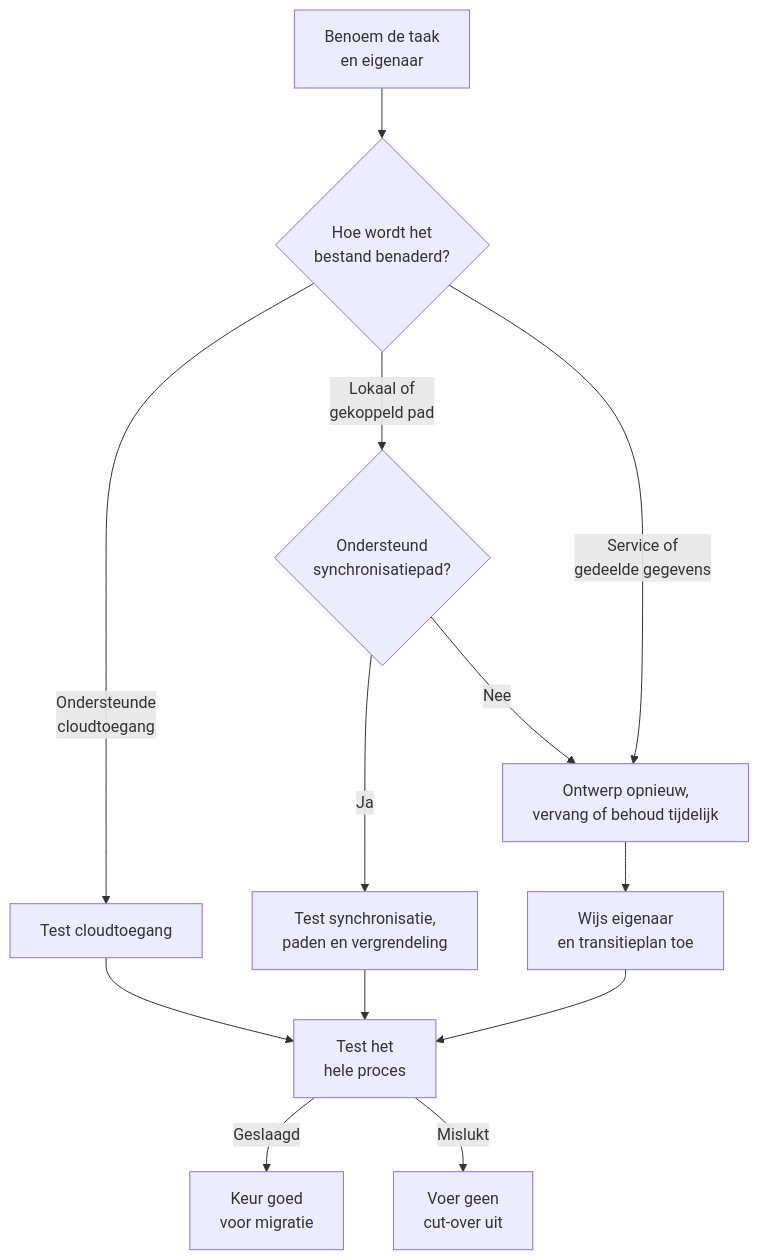
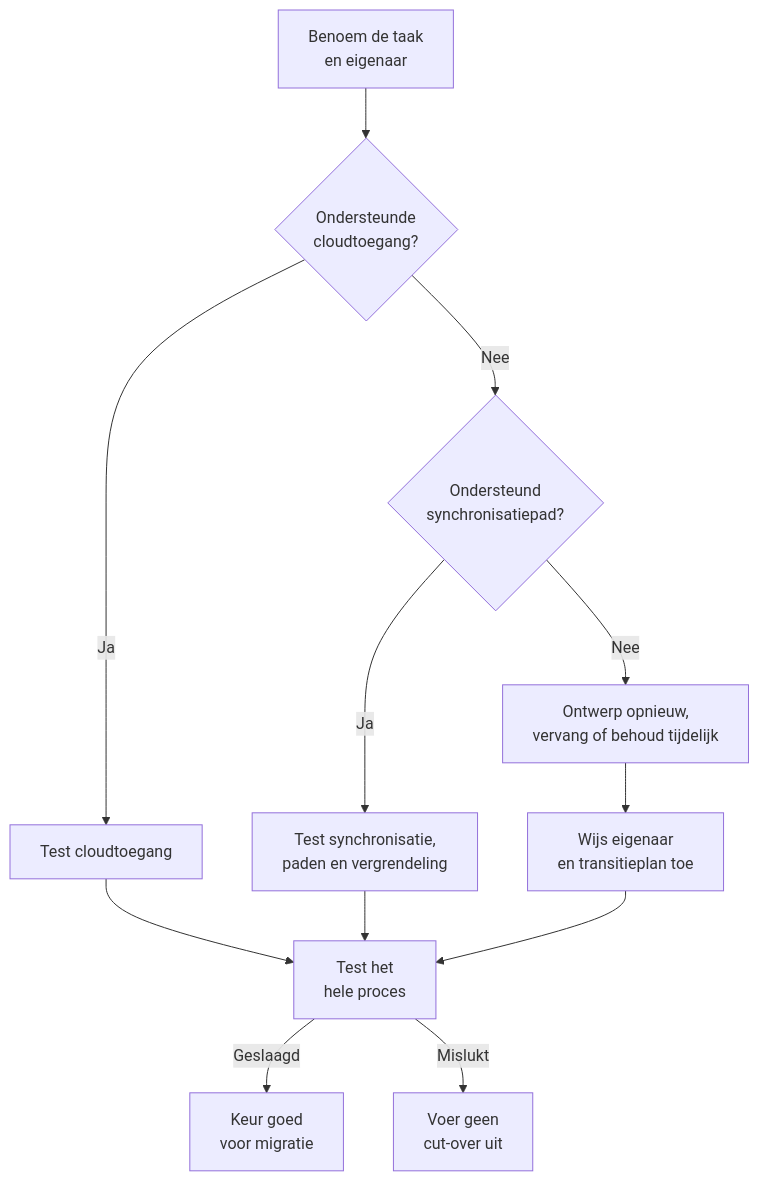
The second of 2 diagrams in i18n/nl/docusaurus-plugin-content-docs/current/admin-and-governance/migrate-file-server-to-sharepoint.md (DwayneSelsig/M365wizard), drawn with Mermaid before and after one commit. The commit also changed other lines of this file and 1 other file, not shown here.

Commit message:
Refine migration guidance for SharePoint transition: clarify project planning, enhance process validation, and improve access management details.

````diff
--- a/i18n/nl/docusaurus-plugin-content-docs/current/admin-and-governance/migrate-file-server-to-sharepoint.md
+++ b/i18n/nl/docusaurus-plugin-content-docs/current/admin-and-governance/migrate-file-server-to-sharepoint.md
@@ -164,15 +166,14 @@
 ```mermaid
 flowchart TD
-    Process[Benoem de taak<br/>en eigenaar] --> Use{Hoe wordt het<br/>bestand benaderd?}
-    Use -->|Ondersteunde<br/>cloudtoegang| Cloud[Test cloudtoegang]
-    Use -->|Lokaal of<br/>gekoppeld pad| Local{Ondersteund<br/>synchronisatiepad?}
-    Use -->|Service of<br/>gedeelde gegevens| Redesign[Ontwerp opnieuw,<br/>vervang of behoud tijdelijk]
+    Process[Benoem de taak<br/>en eigenaar] --> Use{Ondersteunde<br/>cloudtoegang?}
+    Use -->|Ja| Cloud[Test cloudtoegang]
+    Use -->|Nee| Local{Ondersteund<br/>synchronisatiepad?}
     Local -->|Ja| Sync[Test synchronisatie,<br/>paden en vergrendeling]
-    Local -->|Nee| Redesign
+    Local -->|Nee| Redesign[Ontwerp opnieuw,<br/>vervang of behoud tijdelijk]
     Cloud --> Task[Test het<br/>hele proces]
     Sync --> Task
     Redesign --> Plan[Wijs eigenaar<br/>en transitieplan toe]
     Plan --> Task
     Task -->|Geslaagd| Approve[Keur goed<br/>voor migratie]
     Task -->|Mislukt| Block[Voer geen<br/>cut-over uit]
 ```
````
